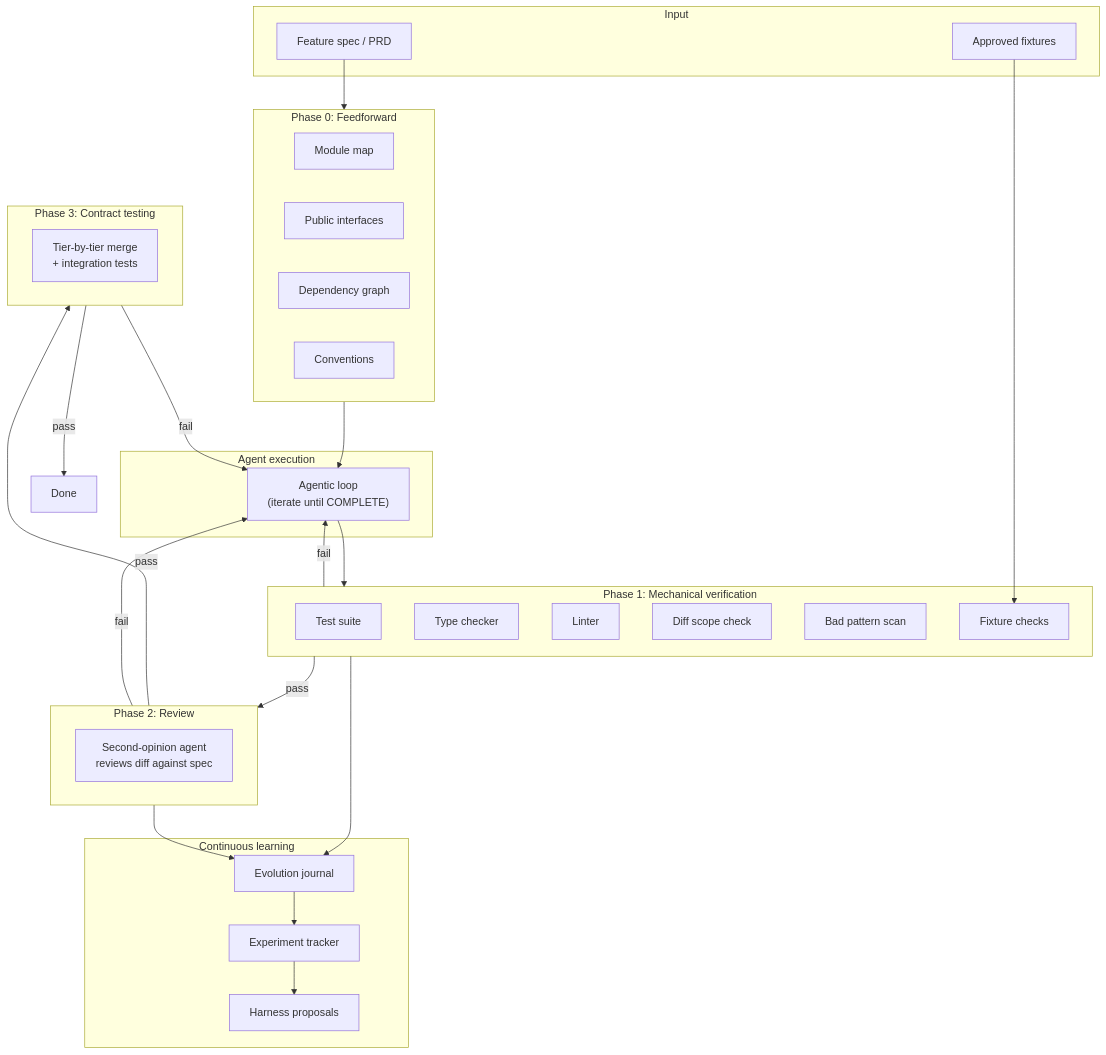
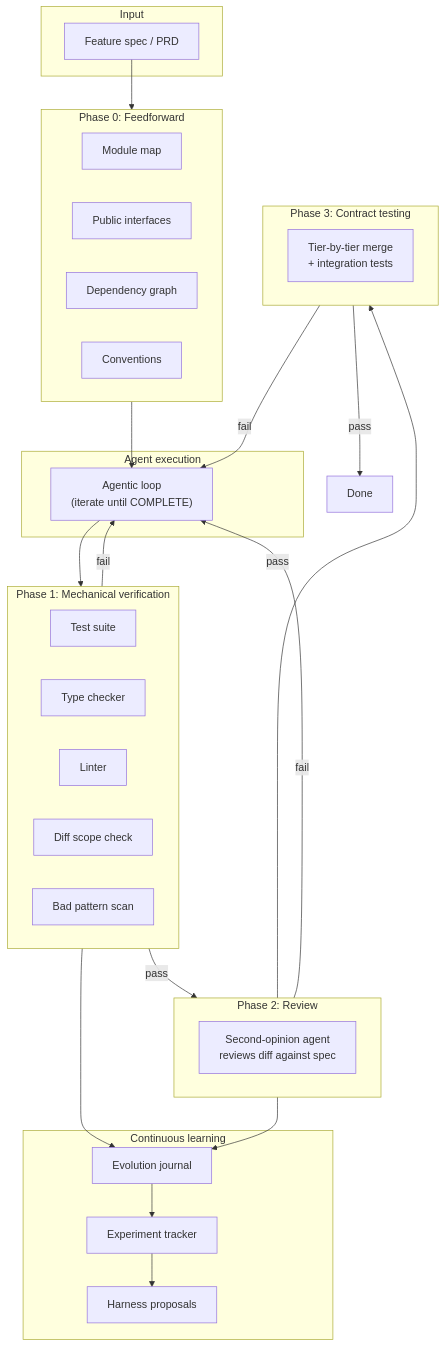
Before and after one commit to 0xfauzi/kstrl: the fifth of 5 diagrams in README.md, drawn with Mermaid. The commit also changed other lines of this file and 13 other files, not shown here.

````diff
--- a/README.md
+++ b/README.md
@@ -349,56 +435,53 @@
 ```mermaid
 flowchart TB
     subgraph Input
         Spec["Feature spec / PRD"]
-        Fixtures["Approved fixtures"]
     end
 
     subgraph Phase0["Phase 0: Feedforward"]
         ModMap["Module map"]
         Interfaces["Public interfaces"]
         DepGraph["Dependency graph"]
         Conventions["Conventions"]
     end
 
     subgraph Execution["Agent execution"]
         Loop["Agentic loop\n(iterate until COMPLETE)"]
     end
 
     subgraph Phase1["Phase 1: Mechanical verification"]
         Tests["Test suite"]
         Types["Type checker"]
         Lint["Linter"]
         Scope["Diff scope check"]
         Patterns["Bad pattern scan"]
-        FixtureCheck["Fixture checks"]
     end
 
     subgraph Phase2["Phase 2: Review"]
         Review["Second-opinion agent\nreviews diff against spec"]
     end
 
     subgraph Phase3["Phase 3: Contract testing"]
         Contract["Tier-by-tier merge\n+ integration tests"]
     end
 
     subgraph Learning["Continuous learning"]
         Journal["Evolution journal"]
         Experiments["Experiment tracker"]
         Proposals["Harness proposals"]
     end
 
     Spec --> Phase0
-    Fixtures --> FixtureCheck
     Phase0 --> Loop
     Loop --> Phase1
     Phase1 -->|pass| Phase2
     Phase1 -->|fail| Loop
     Phase2 -->|pass| Phase3
     Phase2 -->|fail| Loop
     Phase3 -->|pass| Done["Done"]
     Phase3 -->|fail| Loop
     Phase1 --> Journal
     Phase2 --> Journal
     Journal --> Experiments
     Experiments --> Proposals
 ```
````
